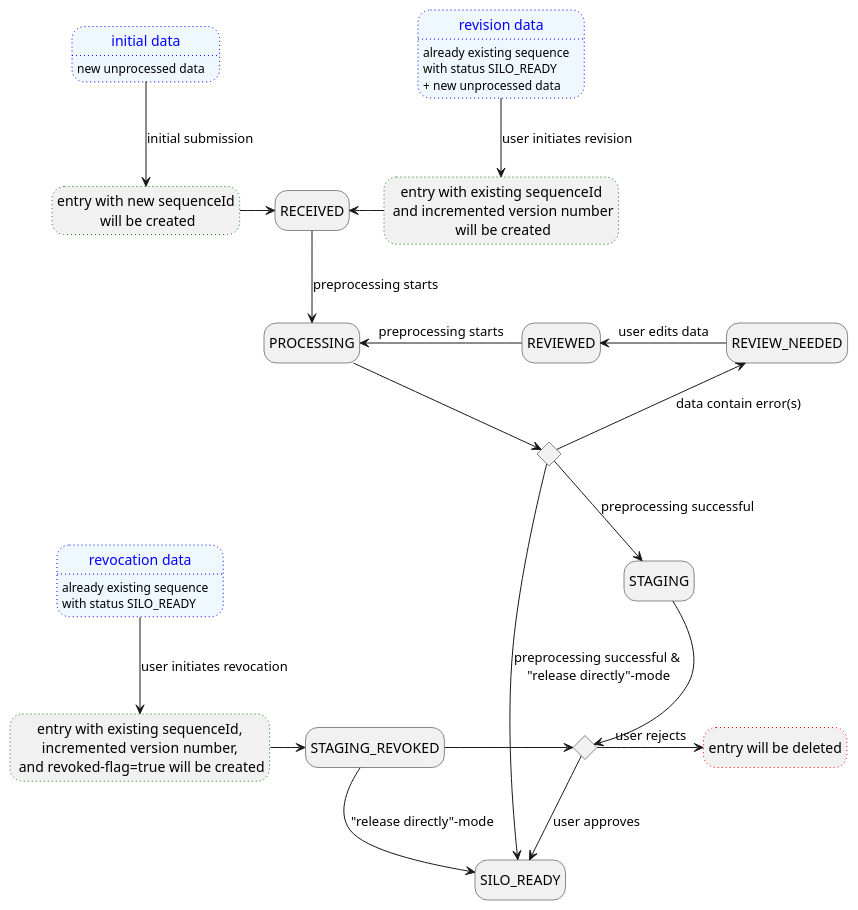
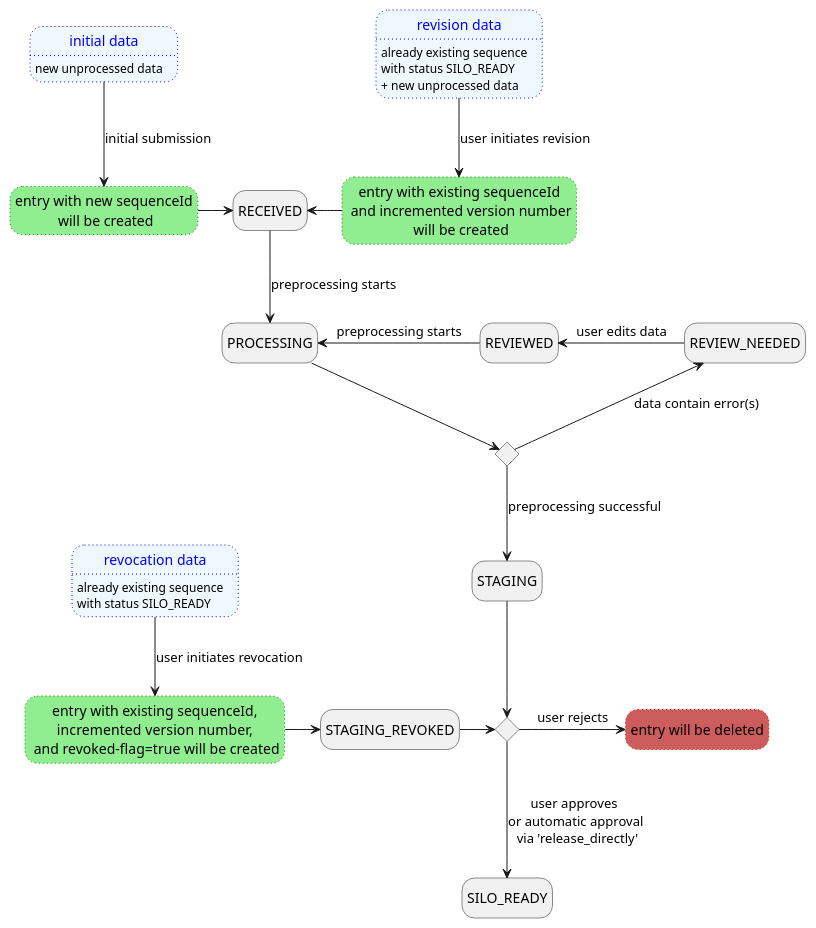
The diagram in backend/docs/plantuml/statusChange.puml (loculus-project/loculus), drawn with PlantUML before and after one commit.

Commit message:
docs(backend): adapt status change flow

```diff
--- a/backend/docs/plantuml/statusChange.puml
+++ b/backend/docs/plantuml/statusChange.puml
@@ -1,56 +1,54 @@
 @startuml
     hide empty description
 
     ' input data
     state INITIAL_DATA as "initial data" #aliceblue;line:blue;line.dotted;text:blue {
         INITIAL_DATA: new unprocessed data
         }
     state REVISION_DATA as "revision data" #aliceblue;line:blue;line.dotted;text:blue {
         REVISION_DATA: already existing sequence
         REVISION_DATA: with status SILO_READY
         REVISION_DATA: + new unprocessed data
     }
     state REVOKED_DATA as "revocation data" #aliceblue;line:blue;line.dotted;text:blue{
         REVOKED_DATA: already existing sequence
         REVOKED_DATA: with status SILO_READY
     }
 
     ' status states
     state STAGING_REVOKED
     state RECEIVED
     state PROCESSING
     state REVIEW_NEEDED
     state REVIEWED
     state SILO_READY
 
     ' actions
-    state CREATING_SUBMIT as "entry with new sequenceId\n will be created" #line:green;line.dotted
-    state CREATING_REVISE as "entry with existing sequenceId\n and incremented version number\n will be created" #line:green;line.dotted
-    state CREATING_REVOKE as "entry with existing sequenceId,\n incremented version number, \n and revoked-flag=true will be created" #line:green;line.dotted
-    state DELETION as "entry will be deleted" #line:red;line.dotted
+    state CREATING_SUBMIT as "entry with new sequenceId\n will be created" #lightgreen;line:green;line.dotted
+    state CREATING_REVISE as "entry with existing sequenceId\n and incremented version number\n will be created" #lightgreen;line:green;line.dotted
+    state CREATING_REVOKE as "entry with existing sequenceId,\n incremented version number, \n and revoked-flag=true will be created" #lightgreen;line:green;line.dotted
+    state DELETION as "entry will be deleted" #IndianRed;line:red;line.dotted
     state is_error <<choice>>
     state is_approved <<choice>>
 
     ' transitions
     INITIAL_DATA -d-> CREATING_SUBMIT : initial submission
     CREATING_SUBMIT -r-> RECEIVED
     REVISION_DATA -d-> CREATING_REVISE : user initiates revision
     CREATING_REVISE -l-> RECEIVED
 
     REVOKED_DATA -d-> CREATING_REVOKE : user initiates revocation
     CREATING_REVOKE -r-> STAGING_REVOKED
     STAGING_REVOKED -r-> is_approved
-    STAGING_REVOKED --> SILO_READY : "release directly"-mode
 
     RECEIVED --> PROCESSING : preprocessing starts
     PROCESSING --> is_error
     is_error -u-> REVIEW_NEEDED : data contain error(s)
     REVIEW_NEEDED -l-> REVIEWED : user edits data
     REVIEWED -l-> PROCESSING : preprocessing starts
     is_error --> STAGING : preprocessing successful
-    is_error --> SILO_READY : preprocessing successful &\n "release directly"-mode
     STAGING --> is_approved
-    is_approved -d-> SILO_READY : user approves
+    is_approved -d-> SILO_READY : user approves \nor automatic approval\n via 'release_directly'
     is_approved -r-> DELETION : user rejects
 
 @enduml
```
